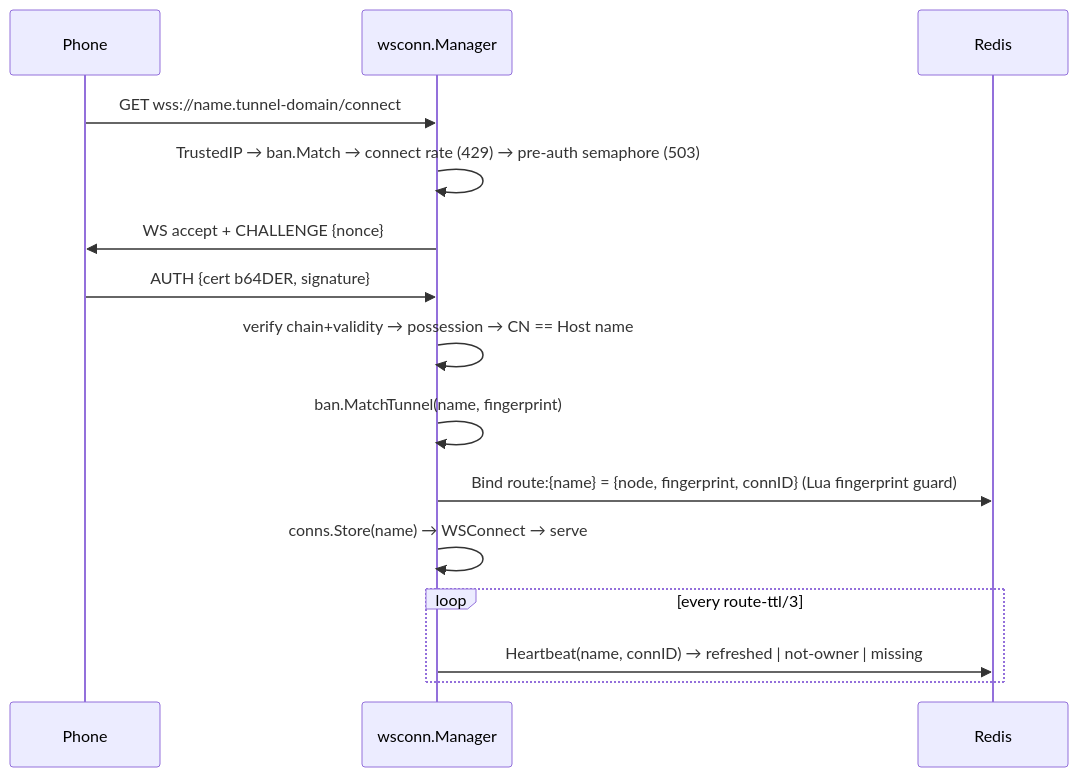
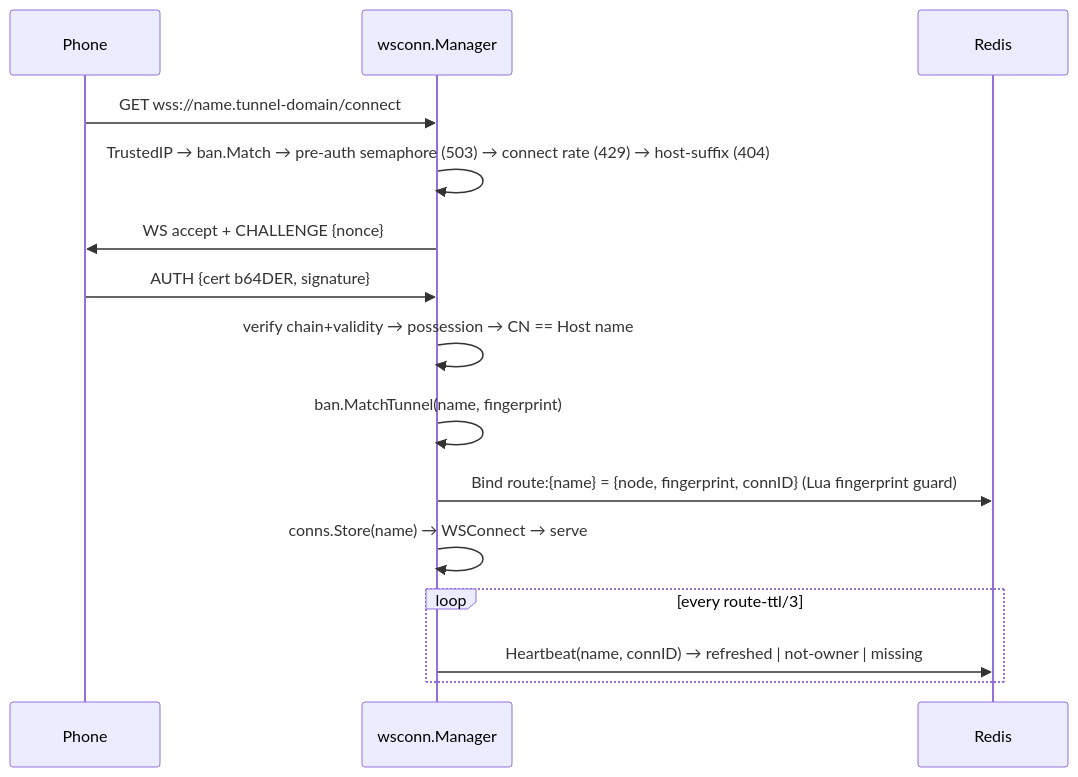
One commit to danielealbano/android-remote-control-mcp-tunneld changed the third of 4 diagrams in docs/ARCHITECTURE.md. Above: the diagram before and after it, drawn with Mermaid. The commit also changed other lines of this file and 4 other files, not shown here.

Commit message:
docs: quickstart/image-tag fixes, §2 diagram order, reason-writer table, semaphore-first /connect; record plan 1 deviations

````diff
--- a/docs/ARCHITECTURE.md
+++ b/docs/ARCHITECTURE.md
@@ -131,18 +132,18 @@
 ```mermaid
 sequenceDiagram
   participant PH as Phone
   participant WS as wsconn.Manager
   participant R as Redis
 
   PH->>WS: GET wss://name.tunnel-domain/connect
-  WS->>WS: TrustedIP → ban.Match → connect rate (429) → pre-auth semaphore (503)
+  WS->>WS: TrustedIP → ban.Match → pre-auth semaphore (503) → connect rate (429) → host-suffix (404)
   WS->>PH: WS accept + CHALLENGE {nonce}
   PH->>WS: AUTH {cert b64DER, signature}
   WS->>WS: verify chain+validity → possession → CN == Host name
   WS->>WS: ban.MatchTunnel(name, fingerprint)
   WS->>R: Bind route:{name} = {node, fingerprint, connID} (Lua fingerprint guard)
   WS->>WS: conns.Store(name) → WSConnect → serve
   loop every route-ttl/3
     WS->>R: Heartbeat(name, connID) → refreshed | not-owner | missing
   end
 ```
````
